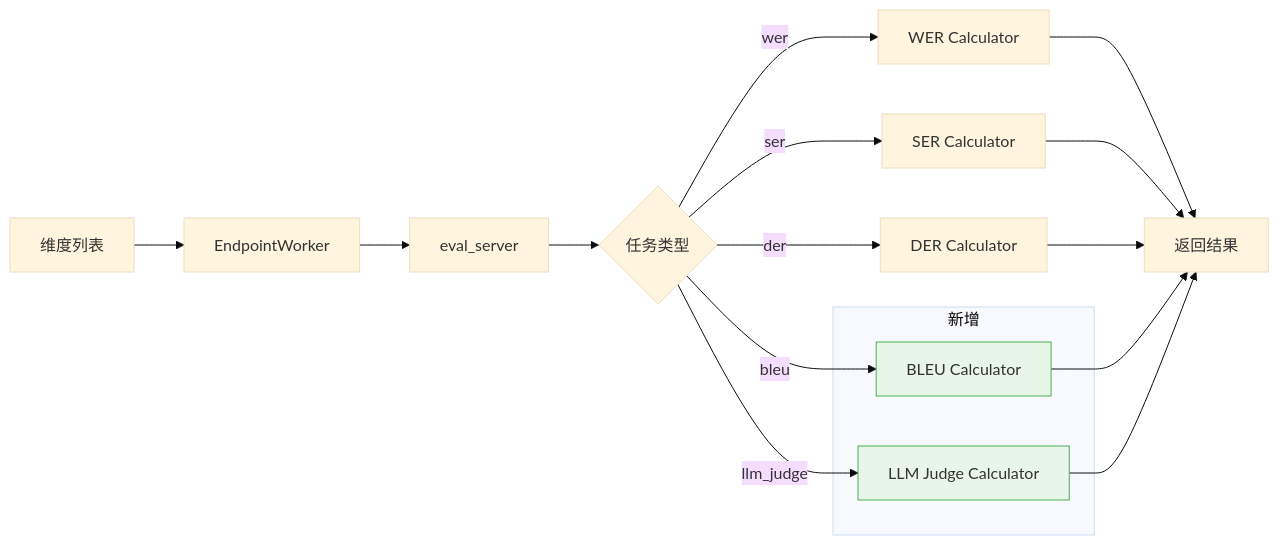
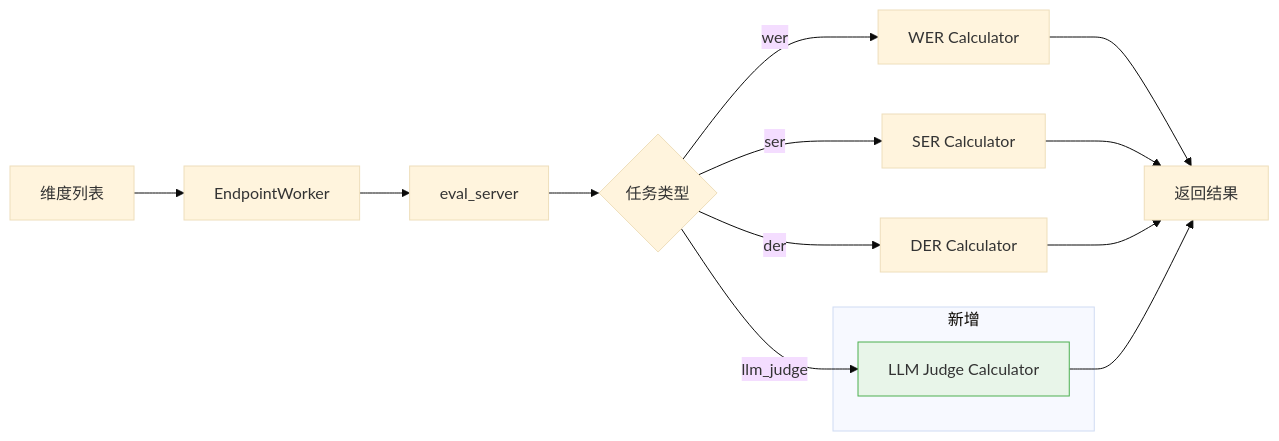
The seventh of 9 diagrams in Intelligent-Audio-TEST/doc/voice_llm/00_改造方案总览.md (ydz-auto/intelligent_audio_test), drawn with Mermaid (base theme) before and after one commit. The commit also changed other lines of this file and 244 other files, not shown here.

````diff
--- a/Intelligent-Audio-TEST/doc/voice_llm/00_改造方案总览.md
+++ b/Intelligent-Audio-TEST/doc/voice_llm/00_改造方案总览.md
@@ -225,24 +229,20 @@
 ```mermaid
 flowchart LR
     A[维度列表] --> B[EndpointWorker]
     B --> C[eval_server]
     C --> D{任务类型}
     D -->|wer| E[WER Calculator]
     D -->|ser| F[SER Calculator]
     D -->|der| G[DER Calculator]
-    D -->|bleu| H[BLEU Calculator]
     D -->|llm_judge| I[LLM Judge Calculator]
     E --> J[返回结果]
     F --> J
     G --> J
-    H --> J
     I --> J
     
     subgraph 新增
-        H
         I
     end
     
-    style H fill:#e8f5e9,stroke:#4caf50
     style I fill:#e8f5e9,stroke:#4caf50
 ```
````
